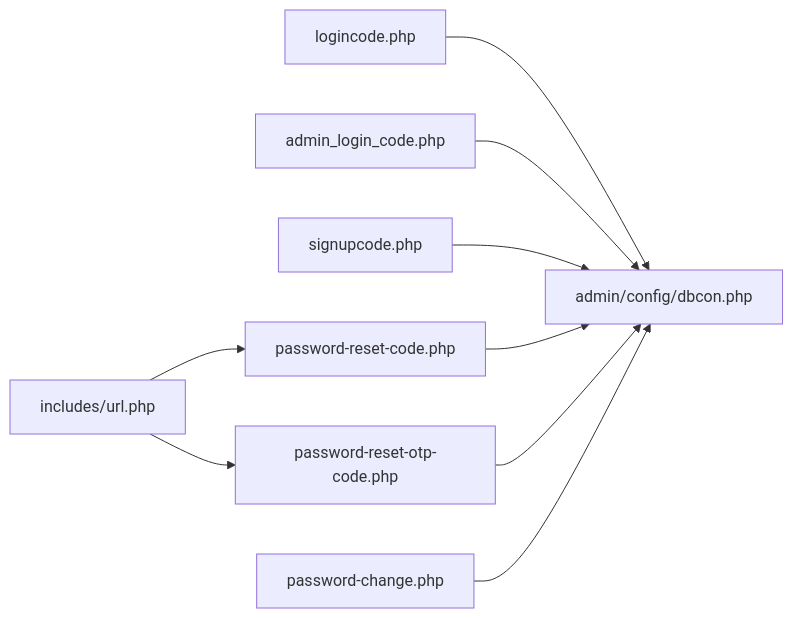
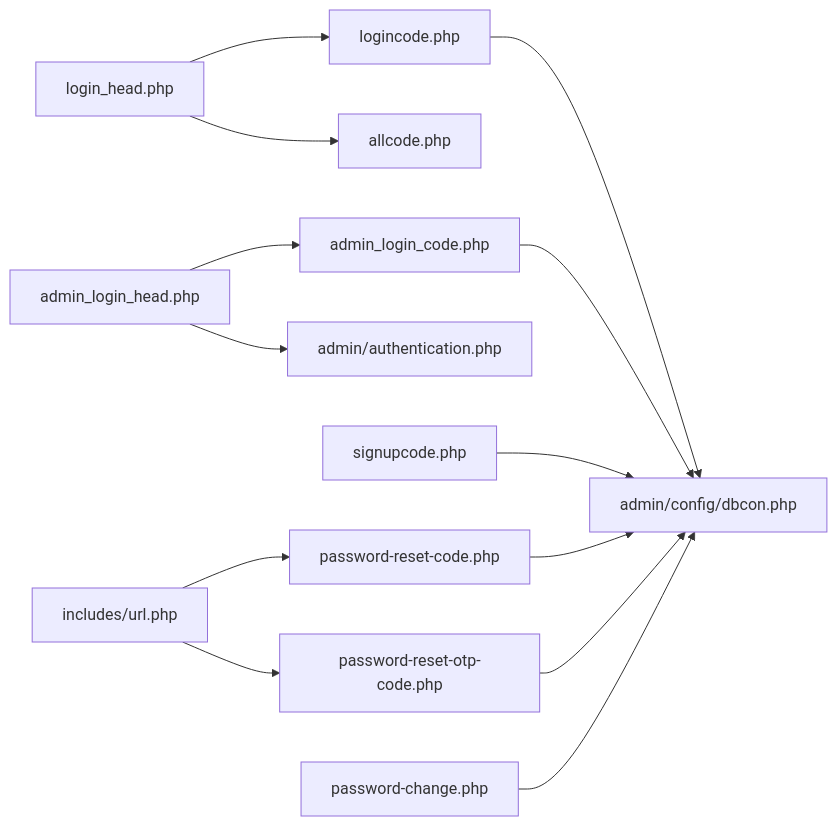
The tenth of 10 diagrams in .qoder/repowiki/en/content/Authentication and Security.md (dark-coder2025/libsystem), drawn with Mermaid before and after one commit. The commit also changed other lines of this file and 47 other files, not shown here.

````diff
--- a/.qoder/repowiki/en/content/Authentication and Security.md
+++ b/.qoder/repowiki/en/content/Authentication and Security.md
@@ -327,11 +403,15 @@
 ```mermaid
 graph LR
-LC["logincode.php"] --> DB["admin/config/dbcon.php"]
-ALC["admin_login_code.php"] --> DB
+LH["login_head.php"] --> LC["logincode.php"]
+ALH["admin_login_head.php"] --> ALC["admin_login_code.php"]
+LH --> AC["allcode.php"]
+ALH --> AUTH["admin/authentication.php"]
+LC --> DB["admin/config/dbcon.php"]
+ALC --> DB
 SCode["signupcode.php"] --> DB
 PRC["password-reset-code.php"] --> DB
 PROTPC["password-reset-otp-code.php"] --> DB
 PC["password-change.php"] --> DB
 URL["includes/url.php"] --> PRC
 URL --> PROTPC
 ```
````
